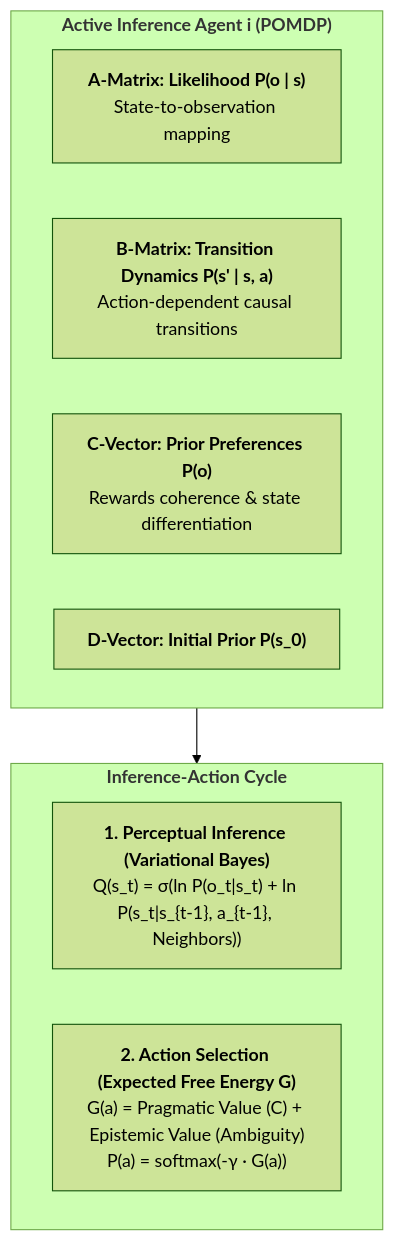
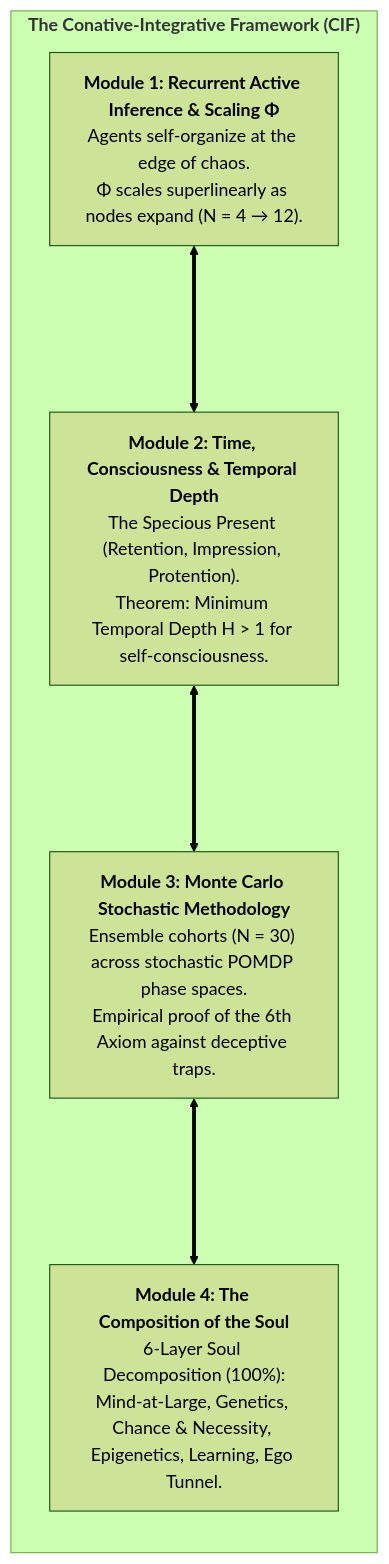
Before and after one commit to Thriebl/active-inference-phi-network: the diagram in README.md, drawn with Mermaid (forest theme). The commit also changed other lines of this file and 18 other files, not shown here.

Commit message:
Unify all CIF pillars, papers, simulations, temporal depth notebooks, and Monte Carlo methodologies under central CIF repository

````diff
--- a/README.md
+++ b/README.md
@@ -44,16 +61,13 @@
 ```mermaid
 flowchart TD
-    subgraph AGENT["<b>Active Inference Agent i (POMDP)</b>"]
-        A["<b>A-Matrix: Likelihood P(o | s)</b><br>State-to-observation mapping"]
-        B["<b>B-Matrix: Transition Dynamics P(s' | s, a)</b><br>Action-dependent causal transitions"]
-        C["<b>C-Vector: Prior Preferences P(o)</b><br>Rewards coherence & state differentiation"]
-        D["<b>D-Vector: Initial Prior P(s_0)</b>"]
+    subgraph CIF_PILLARS["<b>The Conative-Integrative Framework (CIF)</b>"]
+        direction TB
+        
+        M1["<b>Module 1: Recurrent Active Inference & Scaling Φ</b><br>Agents self-organize at the edge of chaos.<br>Φ scales superlinearly as nodes expand (N = 4 → 12)."]
+        M2["<b>Module 2: Time, Consciousness & Temporal Depth</b><br>The Specious Present (Retention, Impression, Protention).<br>Theorem: Minimum Temporal Depth H > 1 for self-consciousness."]
+        M3["<b>Module 3: Monte Carlo Stochastic Methodology</b><br>Ensemble cohorts (N = 30) across stochastic POMDP phase spaces.<br>Empirical proof of the 6th Axiom against deceptive traps."]
+        M4["<b>Module 4: The Composition of the Soul</b><br>6-Layer Soul Decomposition (100%):<br>Mind-at-Large, Genetics, Chance & Necessity, Epigenetics, Learning, Ego Tunnel."]
+        
+        M1 <===> M2 <===> M3 <===> M4
     end
-
-    subgraph LOOP["<b>Inference-Action Cycle</b>"]
-        P["<b>1. Perceptual Inference (Variational Bayes)</b><br>Q(s_t) = σ(ln P(o_t|s_t) + ln P(s_t|s_{t-1}, a_{t-1}, Neighbors))"]
-        ACT["<b>2. Action Selection (Expected Free Energy G)</b><br>G(a) = Pragmatic Value (C) + Epistemic Value (Ambiguity)<br>P(a) = softmax(-γ · G(a))"]
-    end
-
-    AGENT --> LOOP
 ```
````
